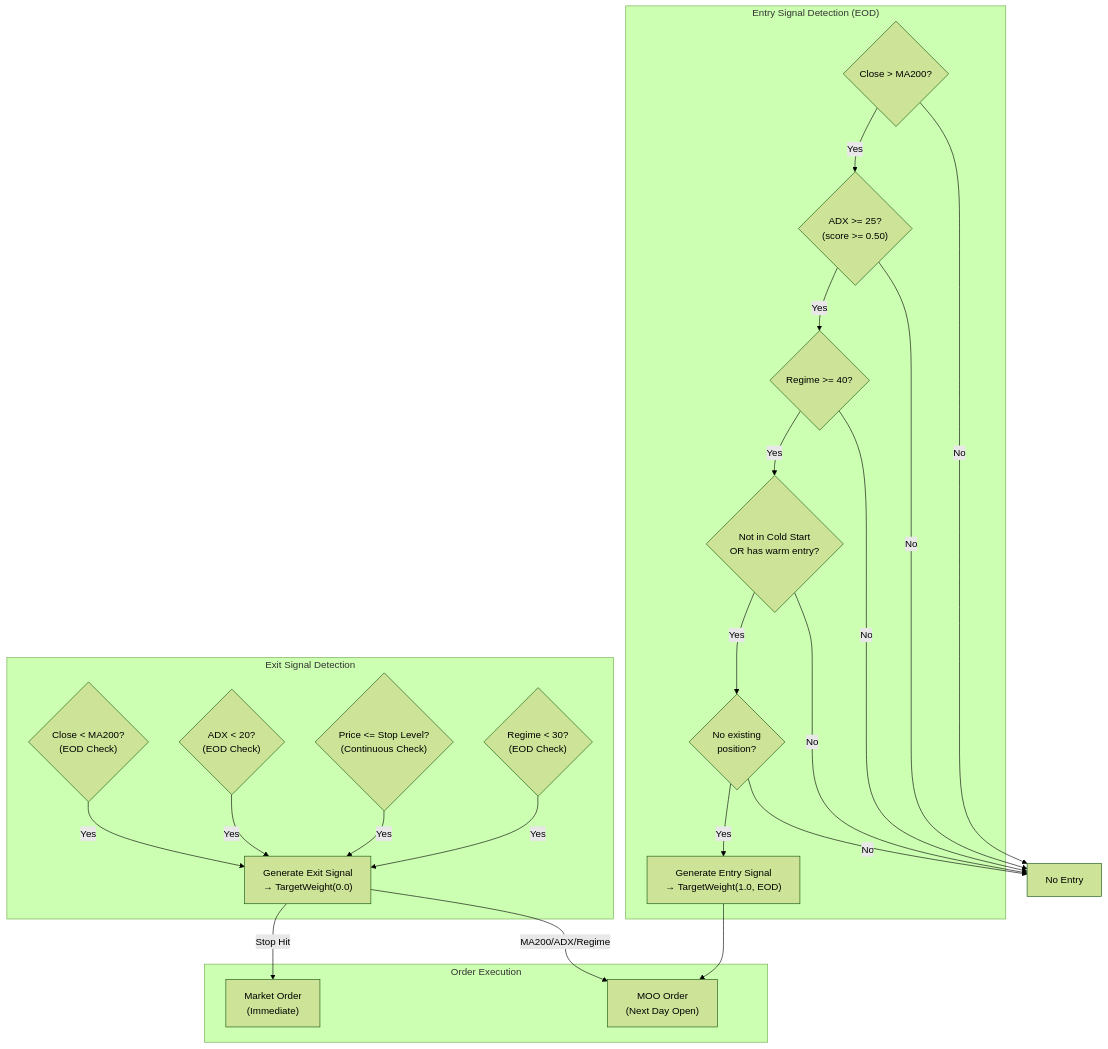
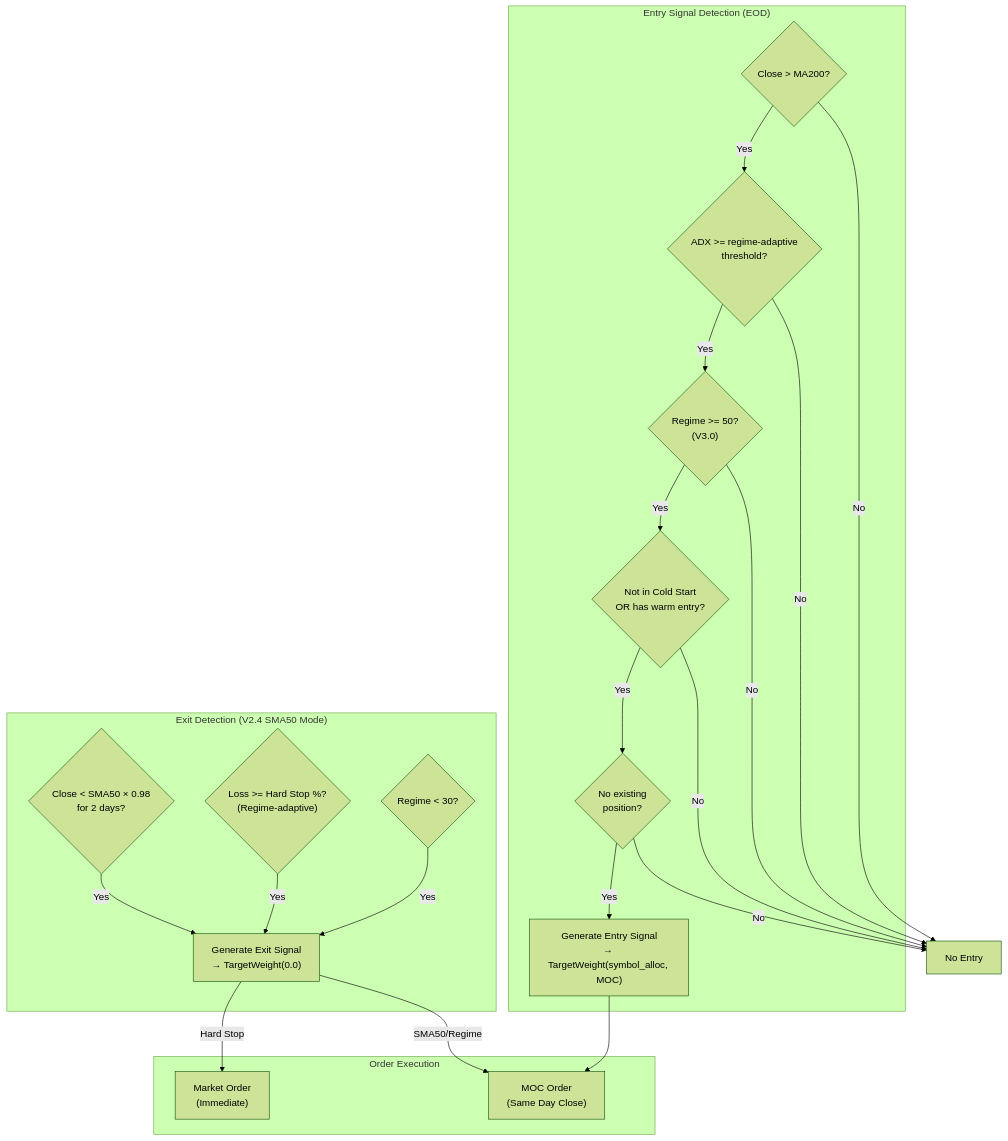
One commit to vickdavinci/alpha-nextgen-v2-private changed the first of 2 diagrams in docs/system/07-trend-engine.md. Above: the diagram before and after it, drawn with Mermaid (forest theme). The commit also changed other lines of this file and 3 other files, not shown here.

````diff
--- a/docs/system/07-trend-engine.md
+++ b/docs/system/07-trend-engine.md
@@ -470,45 +553,43 @@
 ```mermaid
 flowchart TD
     subgraph ENTRY["Entry Signal Detection (EOD)"]
         E1{"Close > MA200?"}
-        E2{"ADX >= 25?<br/>(score >= 0.50)"}
-        E3{"Regime >= 40?"}
+        E2{"ADX >= regime-adaptive<br/>threshold?"}
+        E3{"Regime >= 50?<br/>(V3.0)"}
         E4{"Not in Cold Start<br/>OR has warm entry?"}
         E5{"No existing<br/>position?"}
-        ENTRY_SIGNAL["Generate Entry Signal<br/>→ TargetWeight(1.0, EOD)"]
+        ENTRY_SIGNAL["Generate Entry Signal<br/>→ TargetWeight(symbol_alloc, MOC)"]
     end
 
-    subgraph EXIT["Exit Signal Detection"]
-        X1{"Close < MA200?<br/>(EOD Check)"}
-        X2{"ADX < 20?<br/>(EOD Check)"}
-        X3{"Price <= Stop Level?<br/>(Continuous Check)"}
-        X4{"Regime < 30?<br/>(EOD Check)"}
+    subgraph EXIT_SMA50["Exit Detection (V2.4 SMA50 Mode)"]
+        S1{"Close < SMA50 × 0.98<br/>for 2 days?"}
+        S2{"Loss >= Hard Stop %?<br/>(Regime-adaptive)"}
+        S3{"Regime < 30?"}
         EXIT_SIGNAL["Generate Exit Signal<br/>→ TargetWeight(0.0)"]
     end
 
     subgraph EXECUTION["Order Execution"]
-        MOO["MOO Order<br/>(Next Day Open)"]
+        MOC["MOC Order<br/>(Same Day Close)"]
         MKT["Market Order<br/>(Immediate)"]
     end
 
     E1 -->|No| NO_ENTRY["No Entry"]
     E1 -->|Yes| E2
     E2 -->|No| NO_ENTRY
     E2 -->|Yes| E3
     E3 -->|No| NO_ENTRY
     E3 -->|Yes| E4
     E4 -->|No| NO_ENTRY
     E4 -->|Yes| E5
     E5 -->|No| NO_ENTRY
     E5 -->|Yes| ENTRY_SIGNAL
 
-    ENTRY_SIGNAL --> MOO
+    ENTRY_SIGNAL --> MOC
 
-    X1 -->|Yes| EXIT_SIGNAL
-    X2 -->|Yes| EXIT_SIGNAL
-    X3 -->|Yes| EXIT_SIGNAL
-    X4 -->|Yes| EXIT_SIGNAL
+    S1 -->|Yes| EXIT_SIGNAL
+    S2 -->|Yes| EXIT_SIGNAL
+    S3 -->|Yes| EXIT_SIGNAL
 
-    EXIT_SIGNAL -->|MA200/ADX/Regime| MOO
-    EXIT_SIGNAL -->|Stop Hit| MKT
+    EXIT_SIGNAL -->|SMA50/Regime| MOC
+    EXIT_SIGNAL -->|Hard Stop| MKT
 ```
````
